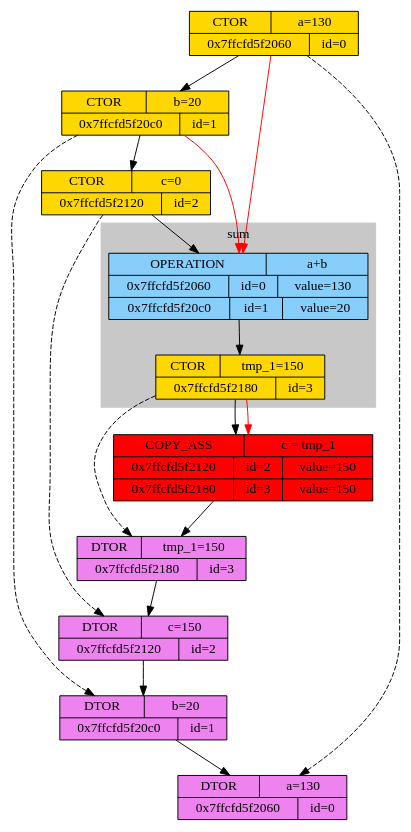
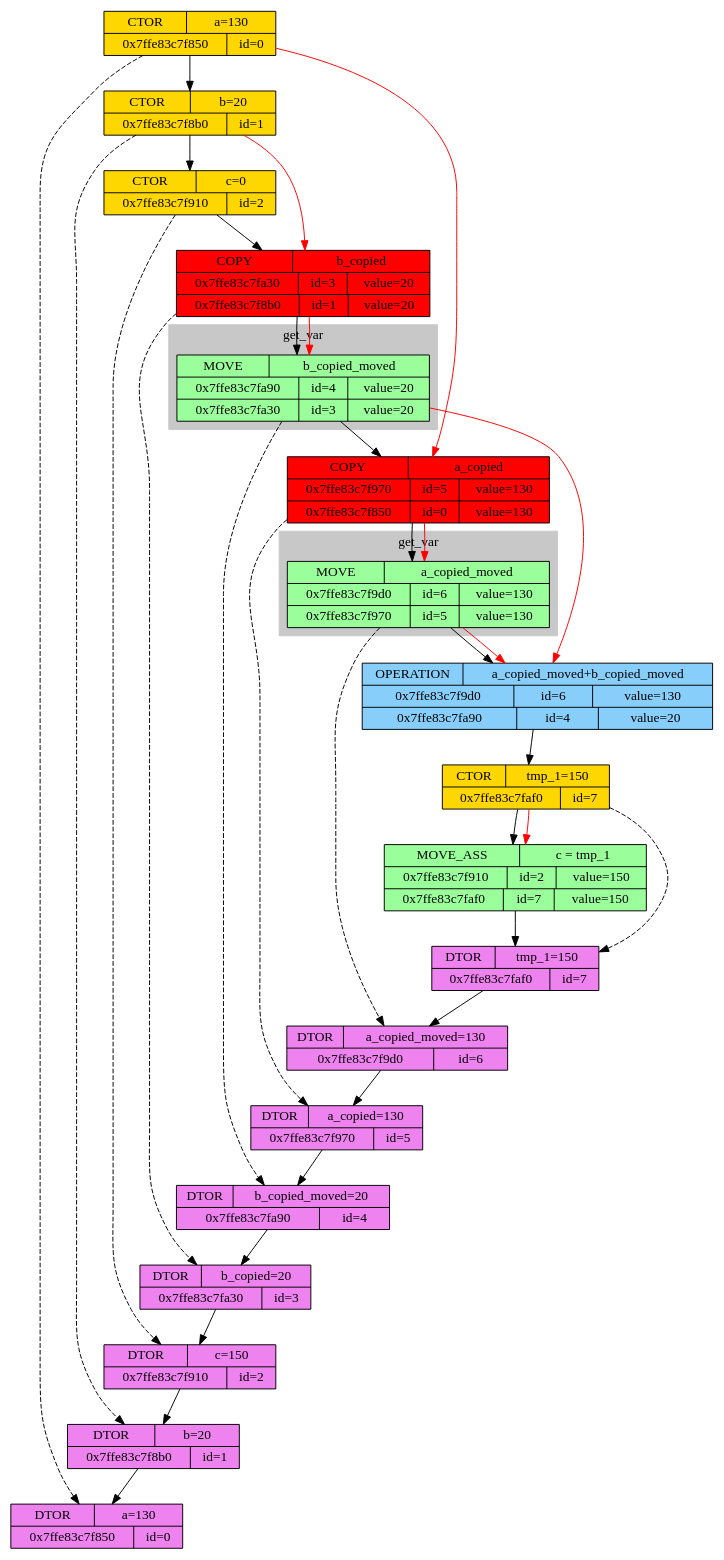
One commit to x-ENIAC/MIPT_projects_4_sem changed the diagram in Dumping_int/new.dot. Above: the diagram before and after it, drawn with Graphviz. The commit also changed 9 other files, not shown here.

```diff
--- a/Dumping_int/new.dot
+++ b/Dumping_int/new.dot
@@ -1,35 +1,66 @@
 digraph graphname {
-	node0CTOR [shape="record", style="filled", fillcolor="gold", label="{{CTOR | a=130}|{0x7ffcfd5f2060 | id=0}}"]
-	node1CTOR [shape="record", style="filled", fillcolor="gold", label="{{CTOR | b=20}|{0x7ffcfd5f20c0 | id=1}}"]
-	node2CTOR [shape="record", style="filled", fillcolor="gold", label="{{CTOR | c=0}|{0x7ffcfd5f2120 | id=2}}"]
+	node0CTOR [shape="record", style="filled", fillcolor="gold", label="{{CTOR | a=130}|{0x7ffe83c7f850 | id=0}}"]
+	node1CTOR [shape="record", style="filled", fillcolor="gold", label="{{CTOR | b=20}|{0x7ffe83c7f8b0 | id=1}}"]
+	node2CTOR [shape="record", style="filled", fillcolor="gold", label="{{CTOR | c=0}|{0x7ffe83c7f910 | id=2}}"]
+	node3COPY  [shape="record", style="filled", fillcolor="red" label="{{COPY | b_copied}|{0x7ffe83c7fa30 | id=3 | value=20}|{0x7ffe83c7f8b0 | id=1 | value=20}}"]
 
 subgraph "cluster_0" {
 	style=filled;
 	color="#c8c8c8";
-		node0OPERATION1 [shape="record", style="filled", fillcolor="lightskyblue", label="{{OPERATION | a+b}|{0x7ffcfd5f2060 | id=0 | value=130}|{0x7ffcfd5f20c0 | id=1 | value=20}}"]
-	node3CTOR [shape="record", style="filled", fillcolor="gold", label="{{CTOR | tmp_1=150}|{0x7ffcfd5f2180 | id=3}}"]
-	label = "sum" 
+		node4MOVE  [shape="record", style="filled", fillcolor="palegreen1" label="{{MOVE | b_copied_moved}|{0x7ffe83c7fa90 | id=4 | value=20}|{0x7ffe83c7fa30 | id=3 | value=20}}"]
+	label = "get_var" 
 }
 
-	node2COPY_ASS3 [shape="record", style="filled", fillcolor="red", label="{{COPY_ASS | c = tmp_1}|{0x7ffcfd5f2120 | id=2 | value=150}|{0x7ffcfd5f2180 | id=3 | value=150}}"]
-	node3DTOR [shape="record", style="filled", fillcolor="violet", label="{{DTOR | tmp_1=150}|{0x7ffcfd5f2180 | id=3}}"]
-	node2DTOR [shape="record", style="filled", fillcolor="violet", label="{{DTOR | c=150}|{0x7ffcfd5f2120 | id=2}}"]
-	node1DTOR [shape="record", style="filled", fillcolor="violet", label="{{DTOR | b=20}|{0x7ffcfd5f20c0 | id=1}}"]
-	node0DTOR [shape="record", style="filled", fillcolor="violet", label="{{DTOR | a=130}|{0x7ffcfd5f2060 | id=0}}"]
+	node5COPY  [shape="record", style="filled", fillcolor="red" label="{{COPY | a_copied}|{0x7ffe83c7f970 | id=5 | value=130}|{0x7ffe83c7f850 | id=0 | value=130}}"]
+
+subgraph "cluster_1" {
+	style=filled;
+	color="#c8c8c8";
+		node6MOVE  [shape="record", style="filled", fillcolor="palegreen1" label="{{MOVE | a_copied_moved}|{0x7ffe83c7f9d0 | id=6 | value=130}|{0x7ffe83c7f970 | id=5 | value=130}}"]
+	label = "get_var" 
+}
+
+	node6OPERATION4 [shape="record", style="filled", fillcolor="lightskyblue", label="{{OPERATION | a_copied_moved+b_copied_moved}|{0x7ffe83c7f9d0 | id=6 | value=130}|{0x7ffe83c7fa90 | id=4 | value=20}}"]
+	node7CTOR [shape="record", style="filled", fillcolor="gold", label="{{CTOR | tmp_1=150}|{0x7ffe83c7faf0 | id=7}}"]
+	node2MOVE_ASS7 [shape="record", style="filled", fillcolor="palegreen1", label="{{MOVE_ASS | c = tmp_1}|{0x7ffe83c7f910 | id=2 | value=150}|{0x7ffe83c7faf0 | id=7 | value=150}}"]
+	node7DTOR [shape="record", style="filled", fillcolor="violet", label="{{DTOR | tmp_1=150}|{0x7ffe83c7faf0 | id=7}}"]
+	node6DTOR [shape="record", style="filled", fillcolor="violet", label="{{DTOR | a_copied_moved=130}|{0x7ffe83c7f9d0 | id=6}}"]
+	node5DTOR [shape="record", style="filled", fillcolor="violet", label="{{DTOR | a_copied=130}|{0x7ffe83c7f970 | id=5}}"]
+	node4DTOR [shape="record", style="filled", fillcolor="violet", label="{{DTOR | b_copied_moved=20}|{0x7ffe83c7fa90 | id=4}}"]
+	node3DTOR [shape="record", style="filled", fillcolor="violet", label="{{DTOR | b_copied=20}|{0x7ffe83c7fa30 | id=3}}"]
+	node2DTOR [shape="record", style="filled", fillcolor="violet", label="{{DTOR | c=150}|{0x7ffe83c7f910 | id=2}}"]
+	node1DTOR [shape="record", style="filled", fillcolor="violet", label="{{DTOR | b=20}|{0x7ffe83c7f8b0 | id=1}}"]
+	node0DTOR [shape="record", style="filled", fillcolor="violet", label="{{DTOR | a=130}|{0x7ffe83c7f850 | id=0}}"]
 	node0CTOR -> node1CTOR
 	node1CTOR -> node2CTOR
-	node2CTOR -> node0OPERATION1
-	node0CTOR -> node0OPERATION1 [color="red"]
-	node1CTOR -> node0OPERATION1 [color="red"]
-	node0OPERATION1 -> node3CTOR
-	node3CTOR -> node2COPY_ASS3
-	node3CTOR -> node2COPY_ASS3 [color="red"]
-	node2COPY_ASS3 -> node3DTOR
-	node3CTOR -> node3DTOR [style="dashed"]
+	node2CTOR -> node3COPY
+	node1CTOR -> node3COPY [color="red"]
+	node3COPY -> node4MOVE
+	node3COPY -> node4MOVE [color="red"]
+	node4MOVE -> node5COPY
+	node0CTOR -> node5COPY [color="red"]
+	node5COPY -> node6MOVE
+	node5COPY -> node6MOVE [color="red"]
+	node6MOVE -> node6OPERATION4
+	node6MOVE -> node6OPERATION4 [color="red"]
+	node4MOVE -> node6OPERATION4 [color="red"]
+	node6OPERATION4 -> node7CTOR
+	node7CTOR -> node2MOVE_ASS7
+	node7CTOR -> node2MOVE_ASS7 [color="red"]
+	node2MOVE_ASS7 -> node7DTOR
+	node7CTOR -> node7DTOR [style="dashed"]
+	node7DTOR -> node6DTOR
+	node6MOVE -> node6DTOR [style="dashed"]
+	node6DTOR -> node5DTOR
+	node5COPY -> node5DTOR [style="dashed"]
+	node5DTOR -> node4DTOR
+	node4MOVE -> node4DTOR [style="dashed"]
+	node4DTOR -> node3DTOR
+	node3COPY -> node3DTOR [style="dashed"]
 	node3DTOR -> node2DTOR
 	node2CTOR -> node2DTOR [style="dashed"]
 	node2DTOR -> node1DTOR
 	node1CTOR -> node1DTOR [style="dashed"]
 	node1DTOR -> node0DTOR
 	node0CTOR -> node0DTOR [style="dashed"]
 }
```
